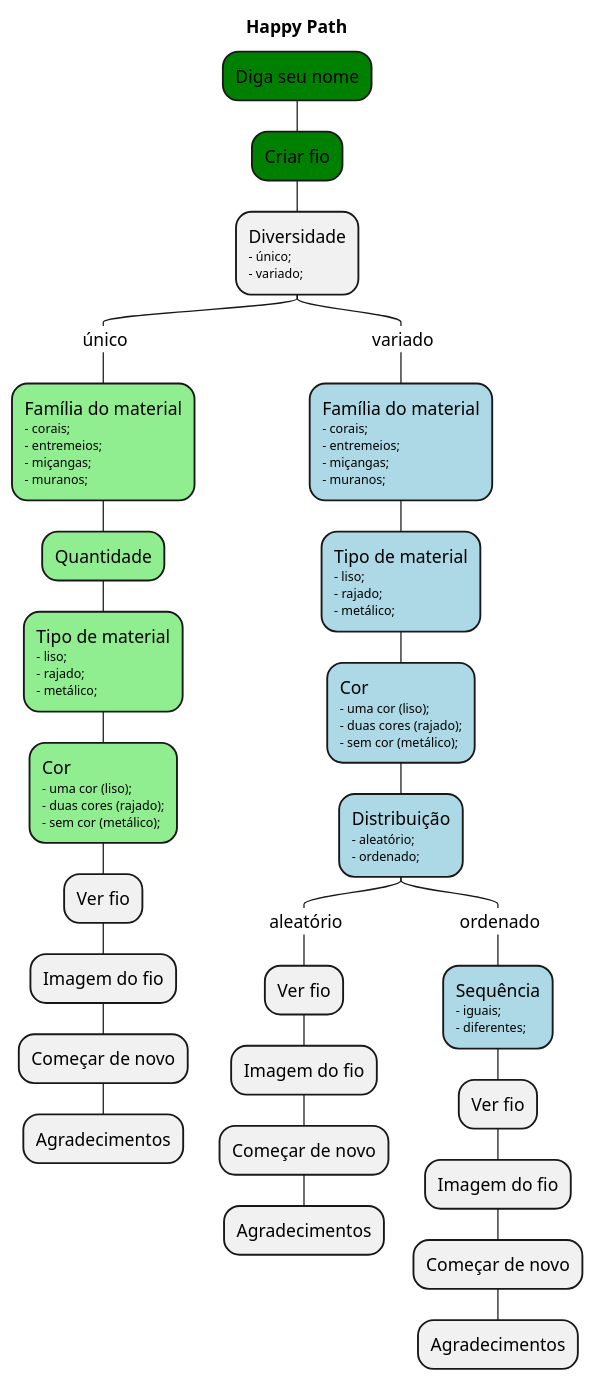
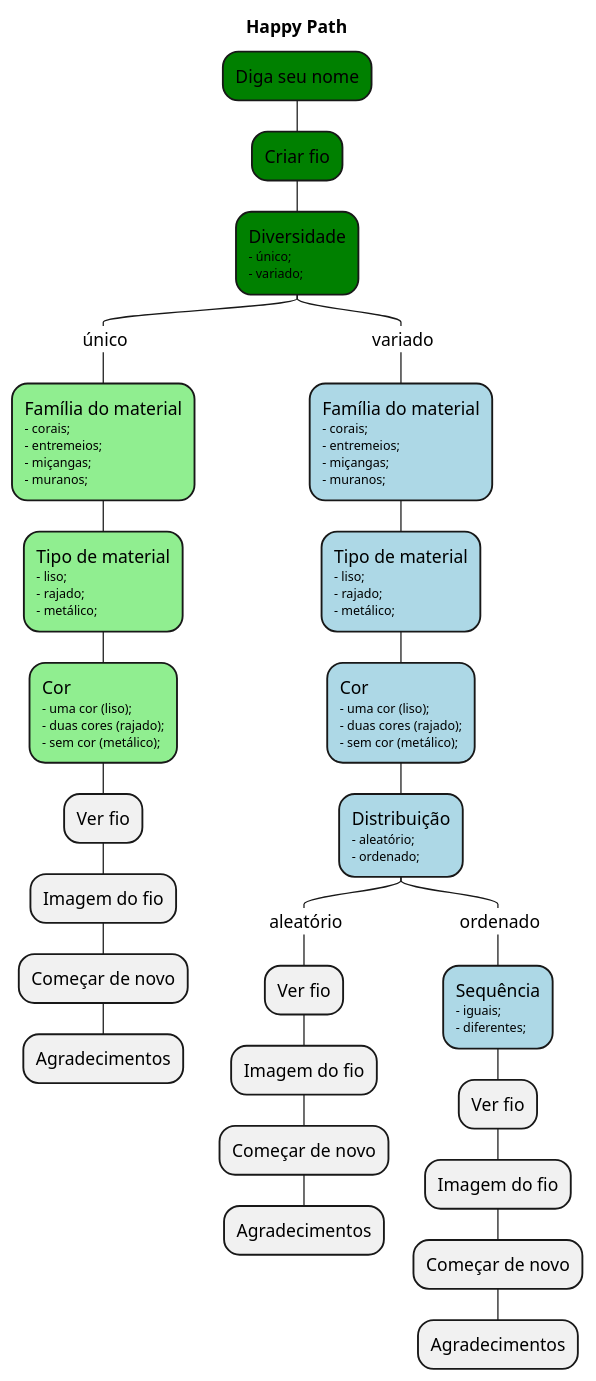
One commit to TecnoSigma/vo-maria changed the diagram in __docs__/happy_path.puml. Above: the diagram before and after it, drawn with PlantUML. The commit also changed 3 other files, not shown here.

```diff
--- a/__docs__/happy_path.puml
+++ b/__docs__/happy_path.puml
@@ -1,37 +1,36 @@
 @startmindmap
 title Happy Path
 
 top to bottom direction
 
 *[#green] Diga seu nome
 **[#green] Criar fio
 
-*** Diversidade\n<size: 10>- único;\n<size: 10>- variado;
+***[#green] Diversidade\n<size: 10>- único;\n<size: 10>- variado;
 ****_ único
 *****[#lightgreen] Família do material\n<size: 10>- corais;\n<size: 10>- entremeios;\n<size: 10>- miçangas;\n<size: 10>- muranos;
-******[#lightgreen] Quantidade
-*******[#lightgreen] Tipo de material\n<size: 10>- liso;\n<size: 10>- rajado;\n<size: 10>- metálico;
-********[#lightgreen] Cor\n<size: 10>- uma cor (liso);\n<size: 10>- duas cores (rajado);\n<size: 10>- sem cor (metálico);
-********* Ver fio
-********** Imagem do fio
-*********** Começar de novo
-************ Agradecimentos
+******[#lightgreen] Tipo de material\n<size: 10>- liso;\n<size: 10>- rajado;\n<size: 10>- metálico;
+*******[#lightgreen] Cor\n<size: 10>- uma cor (liso);\n<size: 10>- duas cores (rajado);\n<size: 10>- sem cor (metálico);
+******** Ver fio
+********* Imagem do fio
+********** Começar de novo
+*********** Agradecimentos
 
 ****_ variado
 *****[#lightblue] Família do material\n<size: 10>- corais;\n<size: 10>- entremeios;\n<size: 10>- miçangas;\n<size: 10>- muranos;
 ******[#lightblue] Tipo de material\n<size: 10>- liso;\n<size: 10>- rajado;\n<size: 10>- metálico;
 *******[#lightblue] Cor\n<size: 10>- uma cor (liso);\n<size: 10>- duas cores (rajado);\n<size: 10>- sem cor (metálico);
 
 ********[#lightblue] Distribuição\n<size: 10>- aleatório;\n<size: 10>- ordenado;
 *********_ aleatório
 ********** Ver fio
 *********** Imagem do fio
 ************ Começar de novo
 ************* Agradecimentos
 *********_ ordenado
 **********[#lightblue] Sequência\n<size: 10>- iguais;\n<size: 10>- diferentes;
 *********** Ver fio
 ************ Imagem do fio
 ************* Começar de novo
 ************** Agradecimentos
 @endmindmap
```
